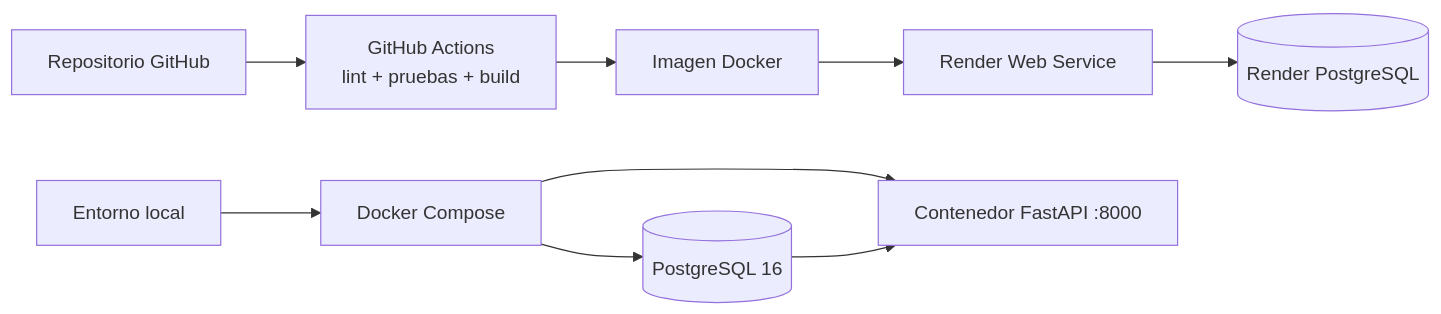
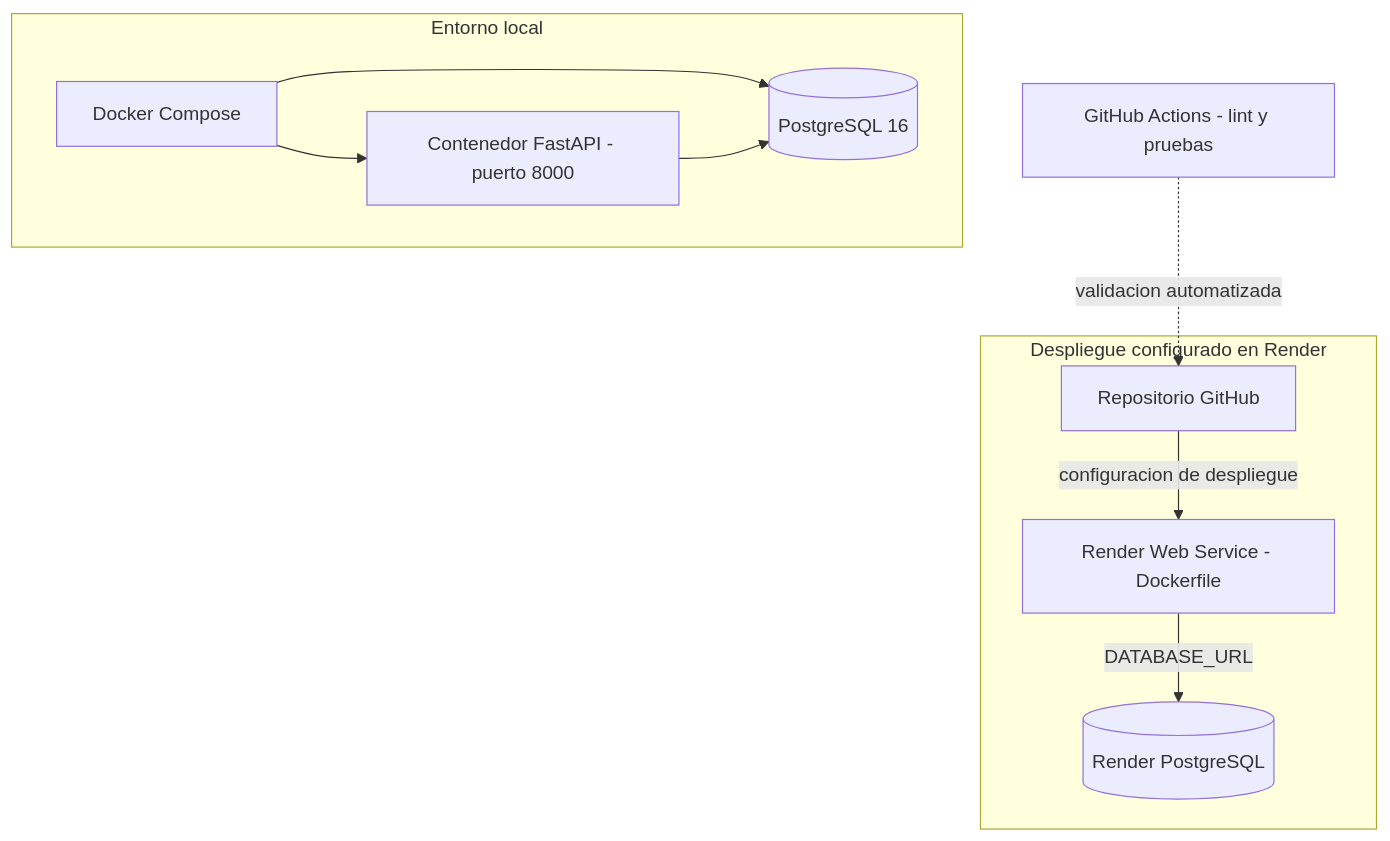
One commit to AdolfoKhaled/edutech-academy-cln changed the second of 2 diagrams in docs/architecture/Diagrama_componentes_despliegue.md. Above: the diagram before and after it, drawn with Mermaid. The commit also changed other lines of this file, not shown here.

First line of the commit message:
Revise architecture and deployment documentation

````diff
--- a/docs/architecture/Diagrama_componentes_despliegue.md
+++ b/docs/architecture/Diagrama_componentes_despliegue.md
@@ -27,9 +30,18 @@
 ```mermaid
-flowchart LR
-    G[Repositorio GitHub] --> CI[GitHub Actions\n lint + pruebas + build] --> IMG[Imagen Docker]
-    IMG --> R[Render Web Service]
-    R --> PG[(Render PostgreSQL)]
-    DEV[Entorno local] --> DC[Docker Compose] --> PGLOCAL[(PostgreSQL 16)]
-    DC --> APPLOCAL[Contenedor FastAPI :8000]
-    PGLOCAL --> APPLOCAL
+flowchart TB
+    subgraph Local[Entorno local]
+        DC[Docker Compose]
+        APPLOCAL[Contenedor FastAPI - puerto 8000]
+        PGLOCAL[(PostgreSQL 16)]
+        DC --> APPLOCAL
+        DC --> PGLOCAL
+        APPLOCAL --> PGLOCAL
+    end
+
+    subgraph Nube[Despliegue configurado en Render]
+        GH[Repositorio GitHub] -->|configuracion de despliegue| RENDER[Render Web Service - Dockerfile]
+        RENDER -->|DATABASE_URL| PGRENDER[(Render PostgreSQL)]
+    end
+
+    CI[GitHub Actions - lint y pruebas] -.->|validacion automatizada| GH
 ```
````
